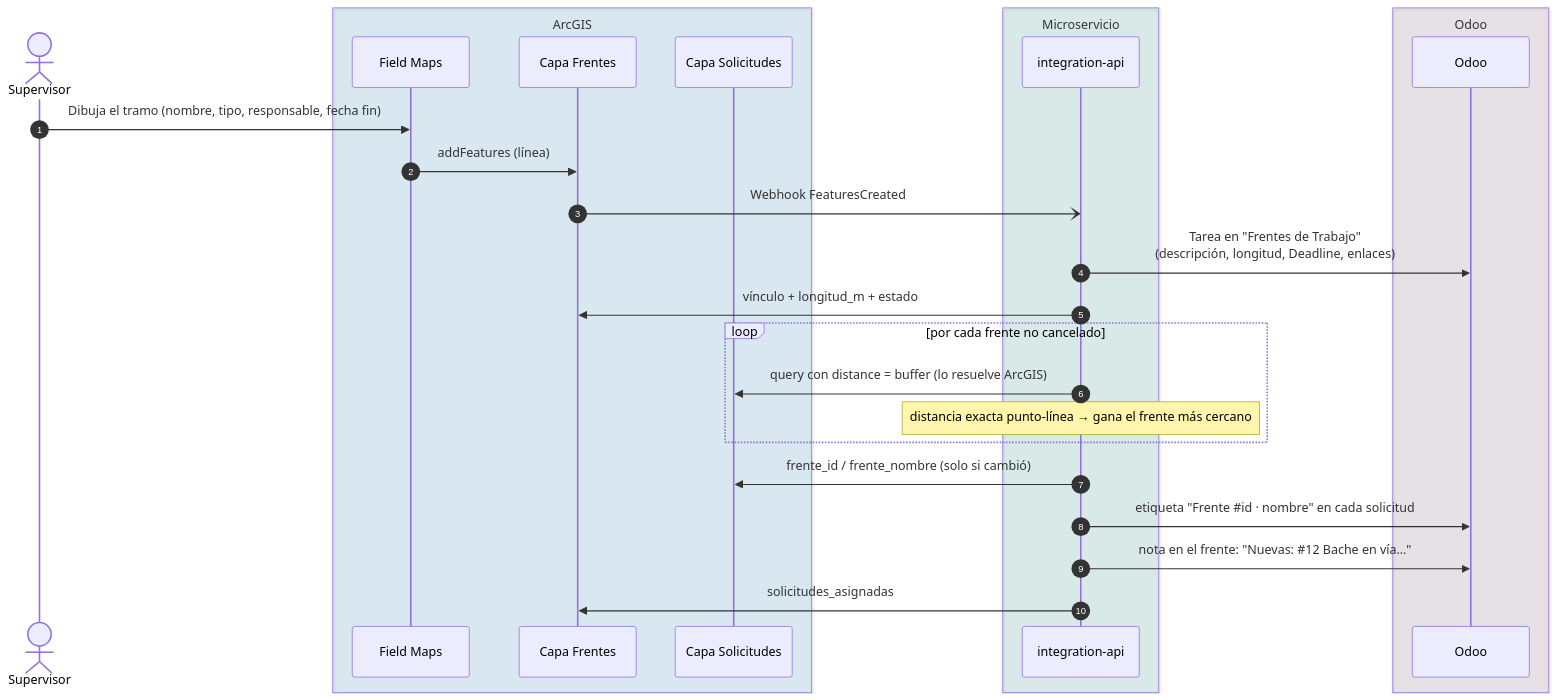
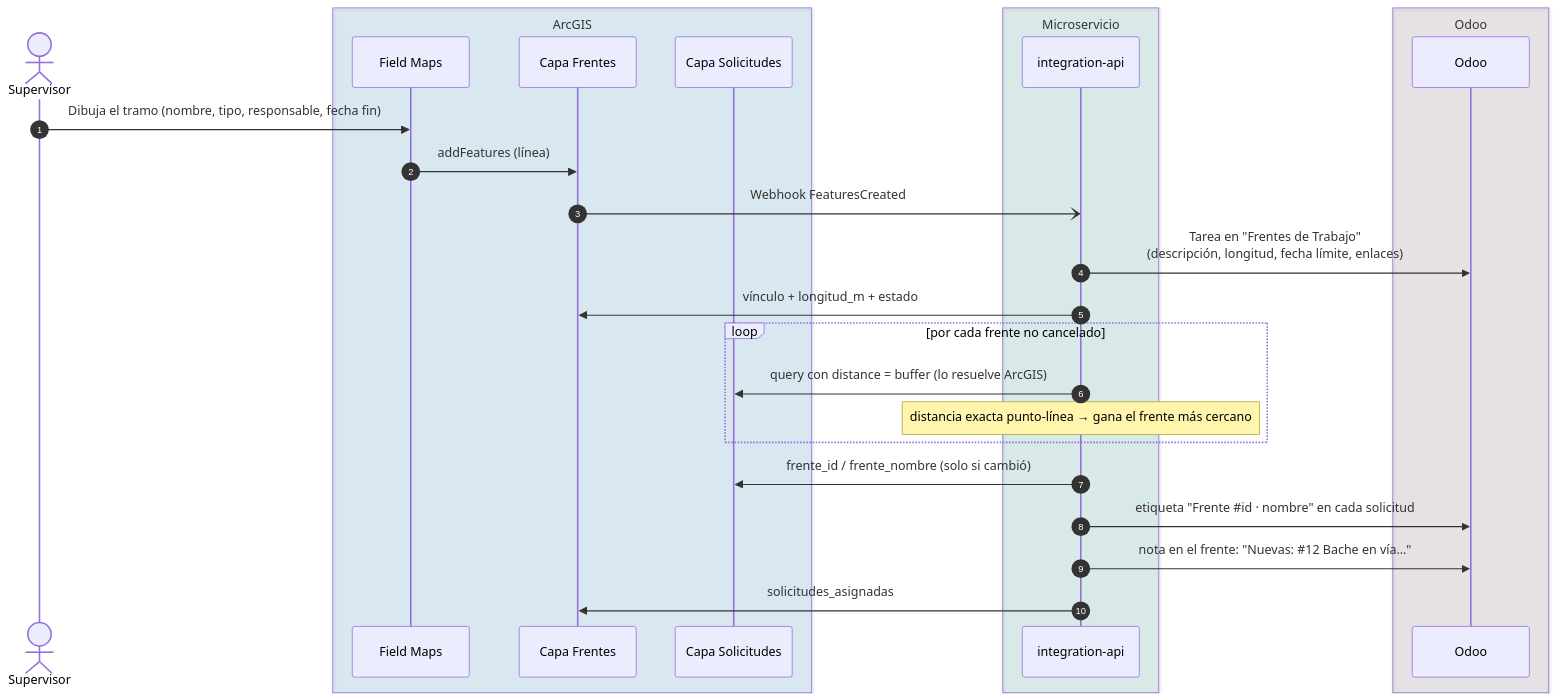
One commit to osbonilla/IntegracionOdooArcGIS changed the seventh of 9 diagrams in README.md. Above: the diagram before and after it, drawn with Mermaid. The commit also changed other lines of this file and 6 other files, not shown here.

````diff
--- a/README.md
+++ b/README.md
@@ -567,30 +809,30 @@
 ```mermaid
 sequenceDiagram
     autonumber
     actor S as Supervisor
     box rgba(0,121,193,0.12) ArcGIS
         participant FM as Field Maps
         participant LN as Capa Frentes
         participant PT as Capa Solicitudes
     end
     box rgba(0,137,123,0.12) Microservicio
         participant API as integration-api
     end
     box rgba(113,75,103,0.12) Odoo
         participant O as Odoo
     end
 
     S->>FM: Dibuja el tramo (nombre, tipo, responsable, fecha fin)
     FM->>LN: addFeatures (línea)
     LN-)API: Webhook FeaturesCreated
-    API->>O: Tarea en "Frentes de Trabajo"<br/>(descripción, longitud, Deadline, enlaces)
+    API->>O: Tarea en "Frentes de Trabajo"<br/>(descripción, longitud, fecha límite, enlaces)
     API->>LN: vínculo + longitud_m + estado
     loop por cada frente no cancelado
         API->>PT: query con distance = buffer (lo resuelve ArcGIS)
         Note over API: distancia exacta punto-línea → gana el frente más cercano
     end
     API->>PT: frente_id / frente_nombre (solo si cambió)
     API->>O: etiqueta "Frente #35;id · nombre" en cada solicitud
     API->>O: nota en el frente: "Nuevas: #35;12 Bache en vía…"
     API->>LN: solicitudes_asignadas
 ```
````
